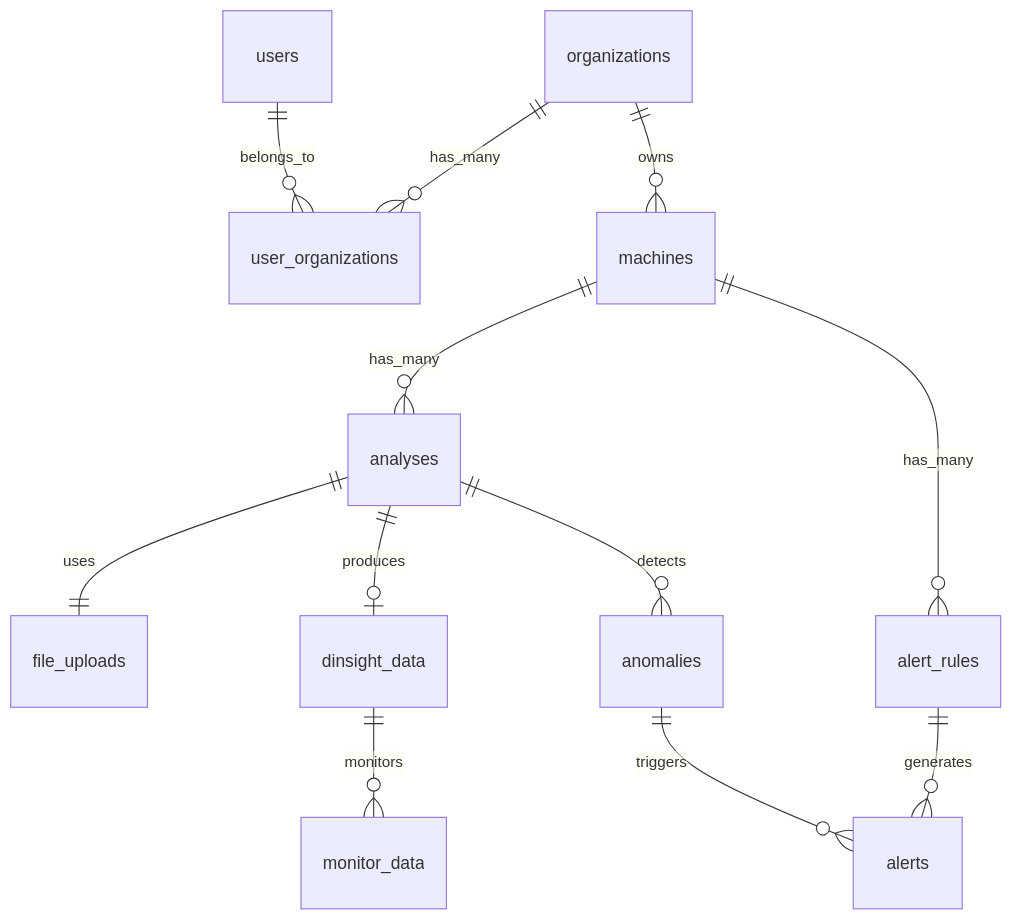
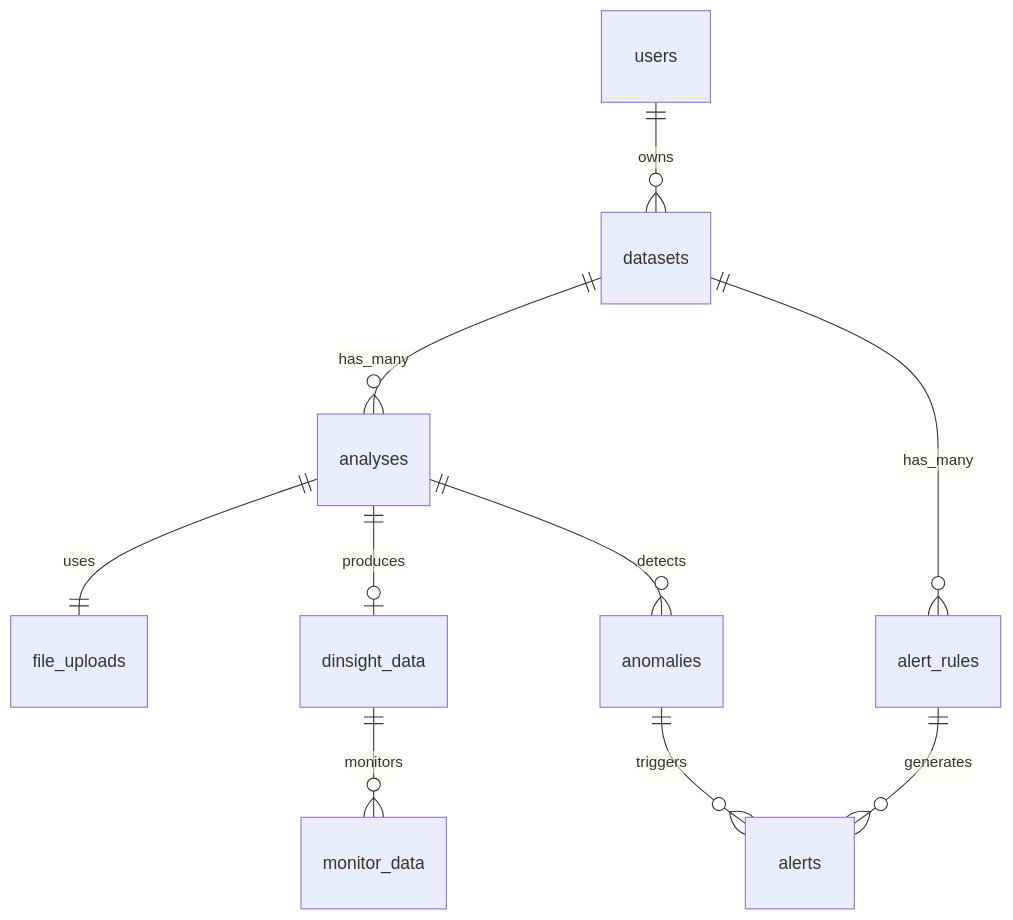
Before and after one commit to Jotham566/dinsight-dashboard: the diagram in specs/database/README.md, drawn with Mermaid. The commit also changed other lines of this file and 5 other files, not shown here.

````diff
--- a/specs/database/README.md
+++ b/specs/database/README.md
@@ -369,14 +328,12 @@
 ```mermaid
 erDiagram
-    users ||--o{ user_organizations : belongs_to
-    organizations ||--o{ user_organizations : has_many
-    organizations ||--o{ machines : owns
-    machines ||--o{ analyses : has_many
+    users ||--o{ datasets : owns
+    datasets ||--o{ analyses : has_many
     analyses ||--|| file_uploads : uses
     analyses ||--o| dinsight_data : produces
     dinsight_data ||--o{ monitor_data : monitors
     analyses ||--o{ anomalies : detects
-    machines ||--o{ alert_rules : has_many
+    datasets ||--o{ alert_rules : has_many
     alert_rules ||--o{ alerts : generates
     anomalies ||--o{ alerts : triggers
 ```
````
